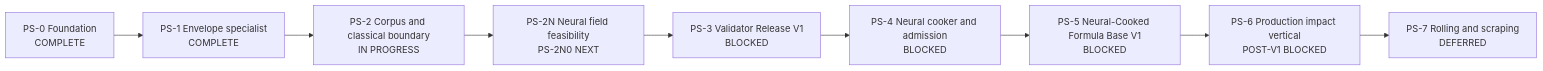
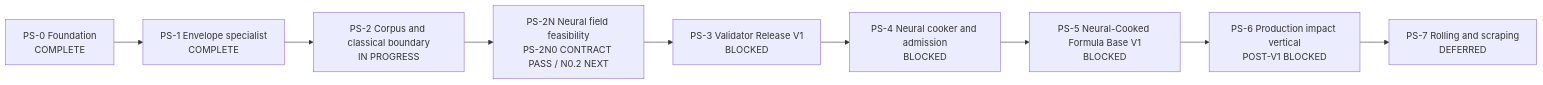
The diagram in docs/plans/physical-sound-synthesis-roadmap.md (kaifaty/NextEngine), drawn with Mermaid before and after one commit. The commit also changed other lines of this file and 9 other files, not shown here.

Commit message:
feat(sound): implement neural data plane contract

````diff
--- a/docs/plans/physical-sound-synthesis-roadmap.md
+++ b/docs/plans/physical-sound-synthesis-roadmap.md
@@ -118,11 +118,11 @@
 ```mermaid
 flowchart LR
     PS0["PS-0 Foundation<br/>COMPLETE"] --> PS1["PS-1 Envelope specialist<br/>COMPLETE"]
     PS1 --> PS2["PS-2 Corpus and classical boundary<br/>IN PROGRESS"]
-    PS2 --> PS2N["PS-2N Neural field feasibility<br/>PS-2N0 NEXT"]
+    PS2 --> PS2N["PS-2N Neural field feasibility<br/>PS-2N0 CONTRACT PASS / N0.2 NEXT"]
     PS2N --> PS3["PS-3 Validator Release V1<br/>BLOCKED"]
     PS3 --> PS4["PS-4 Neural cooker and admission<br/>BLOCKED"]
     PS4 --> PS5["PS-5 Neural-Cooked Formula Base V1<br/>BLOCKED"]
     PS5 --> PS6["PS-6 Production impact vertical<br/>POST-V1 BLOCKED"]
     PS6 --> PS7["PS-7 Rolling and scraping<br/>DEFERRED"]
 ```
````
